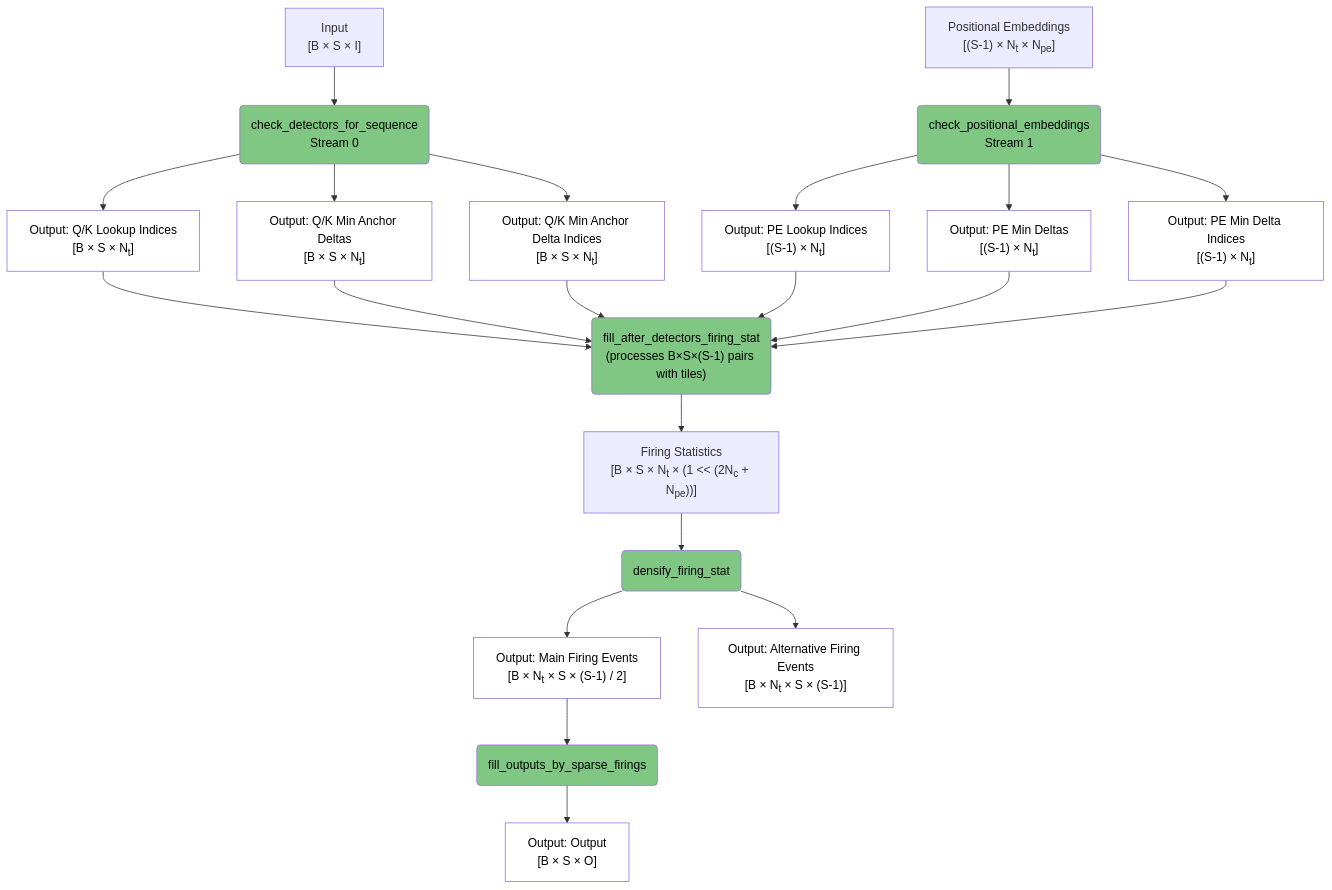
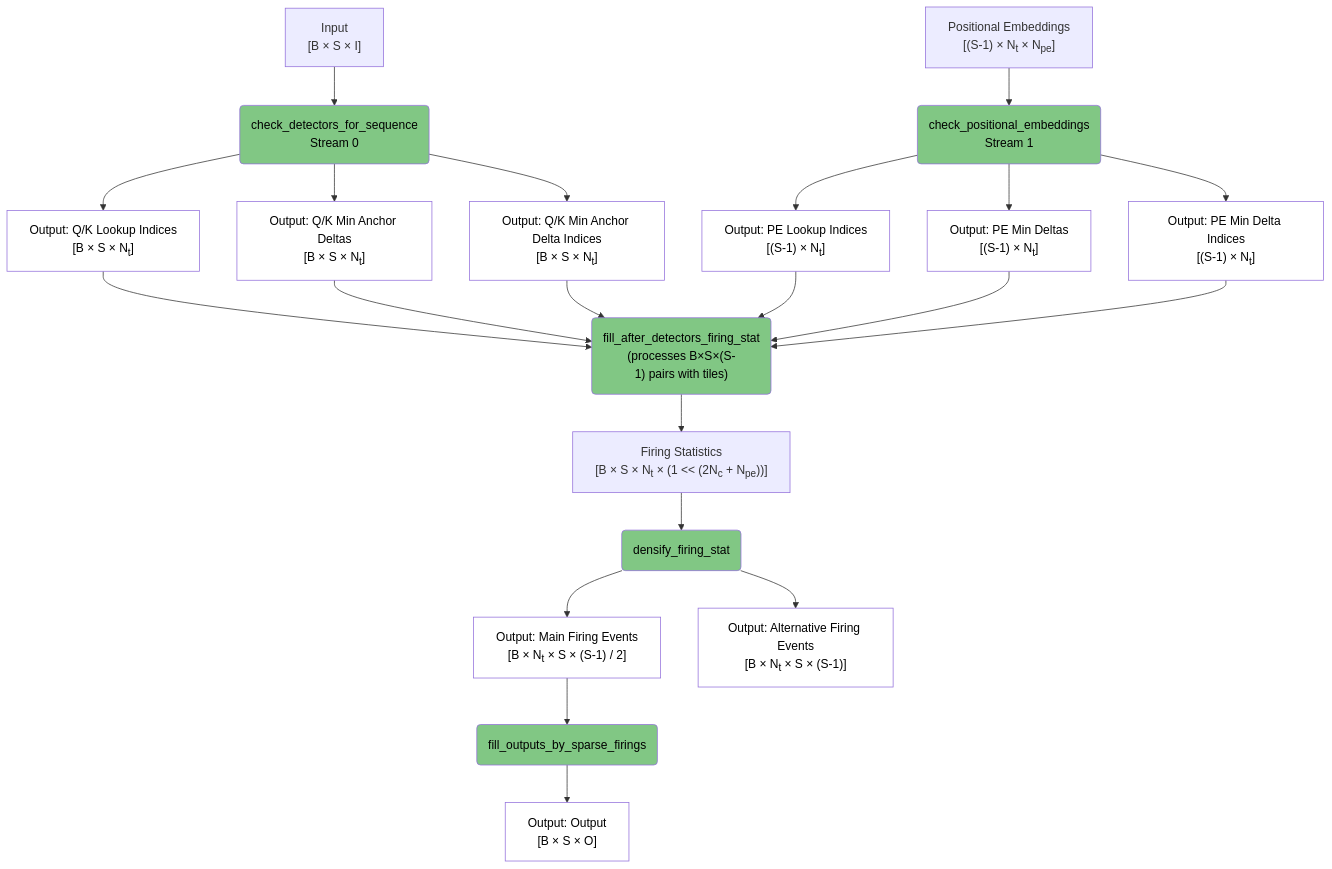
One commit to anatoli-starostin/spiky changed the fifth of 6 diagrams in spiky_cuda/lut/doc/LUT_RUNTIME_DATA_FLOW.md. Above: the diagram before and after it, drawn with Mermaid. The commit also changed other lines of this file, not shown here.

Commit message:
LUT in progress

````diff
--- a/spiky_cuda/lut/doc/LUT_RUNTIME_DATA_FLOW.md
+++ b/spiky_cuda/lut/doc/LUT_RUNTIME_DATA_FLOW.md
@@ -102,46 +102,46 @@
 ```mermaid
 flowchart TD
     A["Input<br/>[B × S × I]"] --> B("check_detectors_for_sequence<br/>Stream 0")
     C["Positional Embeddings<br/>[(S-1) × N<sub>t</sub> × N<sub>pe</sub>]"] --> D("check_positional_embeddings<br/>Stream 1")
     
     B --> E["Output: Q/K Lookup Indices<br/>[B × S × N<sub>t</sub>]"]
     B --> F["Output: Q/K Min Anchor Deltas<br/>[B × S × N<sub>t</sub>]"]
     B --> G["Output: Q/K Min Anchor Delta Indices<br/>[B × S × N<sub>t</sub>]"]
     
     D --> H["Output: PE Lookup Indices<br/>[(S-1) × N<sub>t</sub>]"]
     D --> I["Output: PE Min Deltas<br/>[(S-1) × N<sub>t</sub>]"]
     D --> J["Output: PE Min Delta Indices<br/>[(S-1) × N<sub>t</sub>]"]
     
-    E --> K("fill_after_detectors_firing_stat<br/>(processes B×S×(S-1) pairs with tiles)")
+    E --> K("fill_after_detectors_firing_stat<br/>(processes&nbsp;B×S×(S-1)&nbsp;pairs&nbsp;with&nbsp;tiles)")
     F --> K
     G --> K
     H --> K
     I --> K
     J --> K
     
-    K --> L["Firing Statistics<br/>[B × S × N<sub>t</sub> × (1 << (2N<sub>c</sub> + N<sub>pe</sub>))]"]
+    K --> L["Firing Statistics<br/>[B&nbsp;×&nbsp;S&nbsp;×&nbsp;N<sub>t</sub>&nbsp;×&nbsp;(1&nbsp;<<&nbsp;(2N<sub>c</sub>&nbsp;+&nbsp;N<sub>pe</sub>))]"]
     
     L --> M(densify_firing_stat)
     
     M --> N["Output: Main Firing Events<br/>[B × N<sub>t</sub> × S × (S-1) / 2]"]
     M --> O["Output: Alternative Firing Events<br/>[B × N<sub>t</sub> × S × (S-1)]"]
     
     N --> P(fill_outputs_by_sparse_firings)
     
     P --> Q["Output: Output<br/>[B × S × O]"]
     
     style B fill:#81c784,color:#000000
     style D fill:#81c784,color:#000000
     style K fill:#81c784,color:#000000
     style M fill:#81c784,color:#000000
     style P fill:#81c784,color:#000000
     style E fill:#ffffff,color:#000000
     style F fill:#ffffff,color:#000000
     style G fill:#ffffff,color:#000000
     style H fill:#ffffff,color:#000000
     style I fill:#ffffff,color:#000000
     style J fill:#ffffff,color:#000000
     style N fill:#ffffff,color:#000000
     style O fill:#ffffff,color:#000000
     style Q fill:#ffffff,color:#000000
 ```
````
